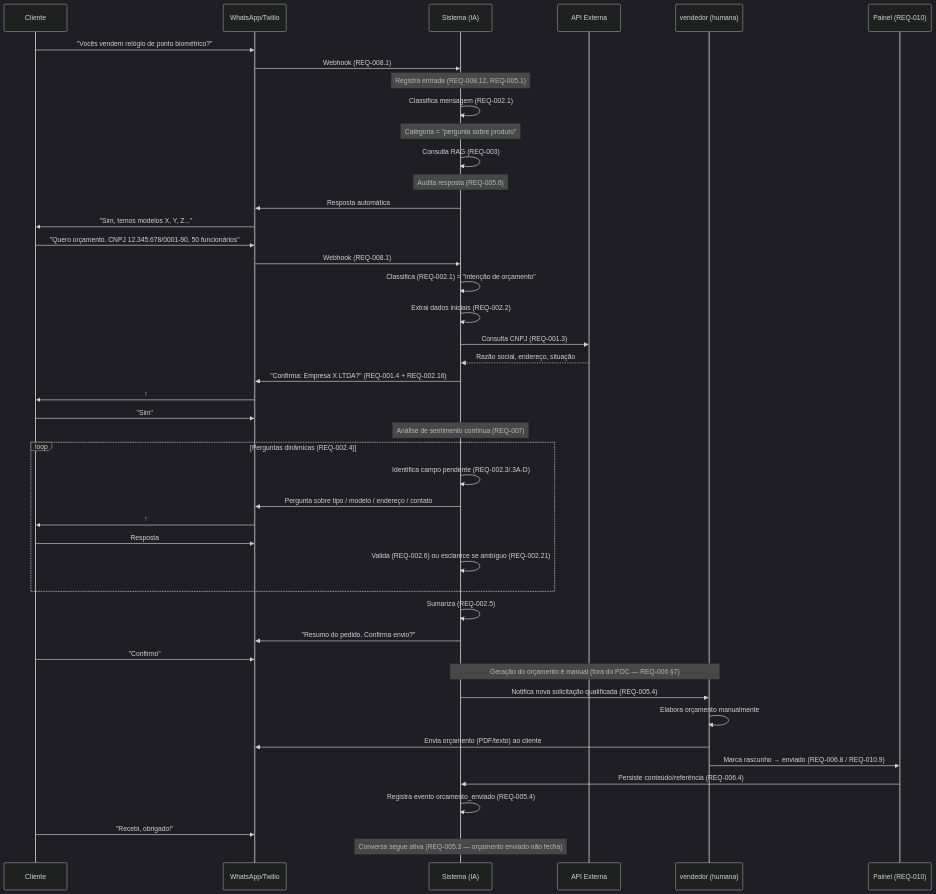
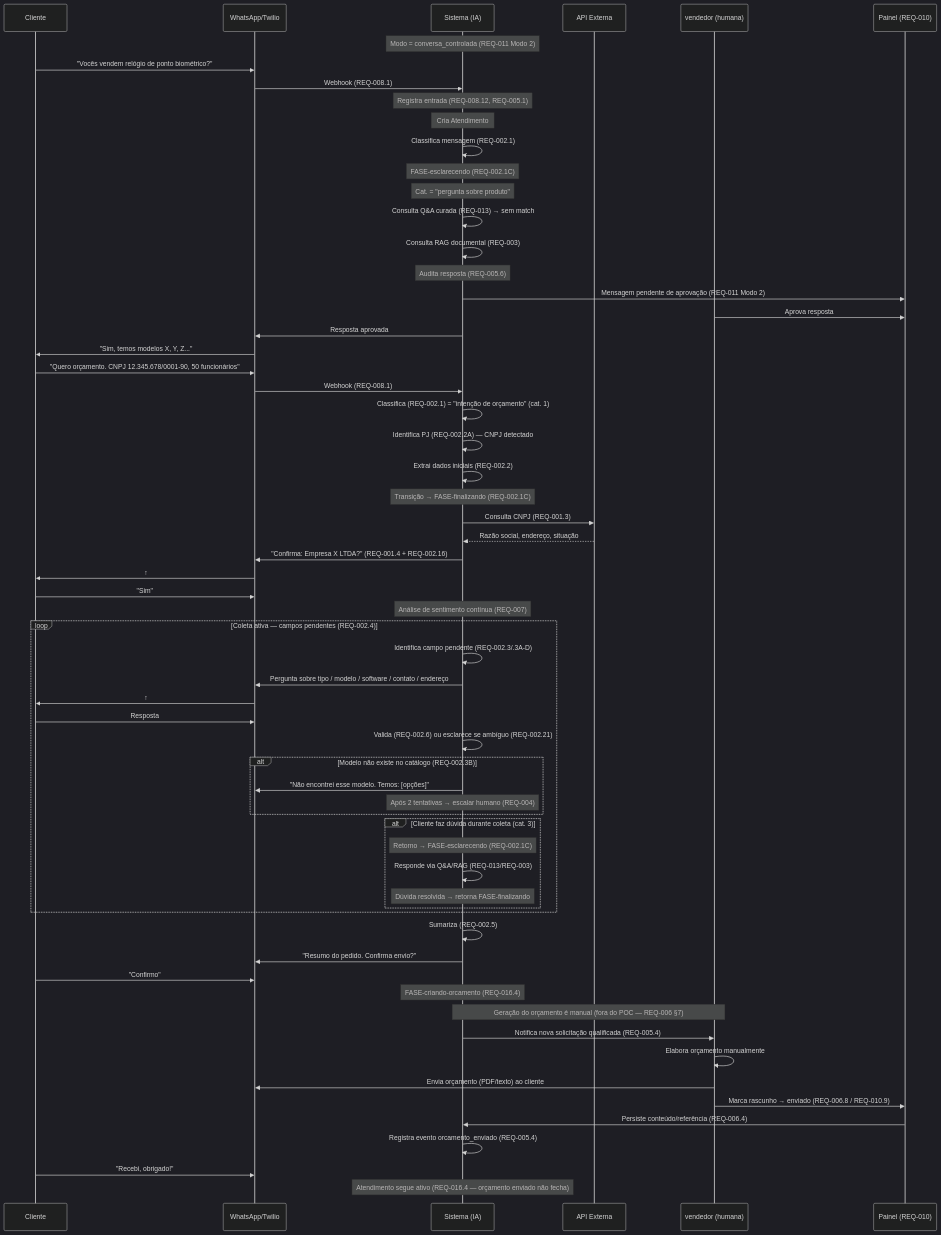
The diagram in artefatos/requisitos_formais/fluxo_end_to_end.md (BetoFigu66/AgenteAssistenteDeVendas), drawn with Mermaid (dark theme) before and after one commit. The commit also changed other lines of this file, not shown here.

````diff
--- a/artefatos/requisitos_formais/fluxo_end_to_end.md
+++ b/artefatos/requisitos_formais/fluxo_end_to_end.md
@@ -32,54 +32,73 @@
 ```mermaid
 sequenceDiagram
     participant C as Cliente
     participant W as WhatsApp/Twilio
     participant S as Sistema (IA)
     participant API as API Externa
     participant R as vendedor (humana)
     participant P as Painel (REQ-010)
 
+    Note over S: Modo = conversa_controlada (REQ-011 Modo 2)
+
     C->>W: "Vocês vendem relógio de ponto biométrico?"
     W->>S: Webhook (REQ-008.1)
     Note over S: Registra entrada (REQ-008.12, REQ-005.1)
+    Note over S: Cria Atendimento #1 (REQ-016.3)
     S->>S: Classifica mensagem (REQ-002.1)
-    Note over S: Categoria = "pergunta sobre produto"
-    S->>S: Consulta RAG (REQ-003)
+    Note over S: FASE-esclarecendo (REQ-002.1C)
+    Note over S: Cat. = "pergunta sobre produto"
+    S->>S: Consulta Q&A curada (REQ-013) → sem match
+    S->>S: Consulta RAG documental (REQ-003)
     Note over S: Audita resposta (REQ-005.6)
-    S->>W: Resposta automática
+    S->>P: Mensagem pendente de aprovação (REQ-011 Modo 2)
+    R->>P: Aprova resposta
+    S->>W: Resposta aprovada
     W->>C: "Sim, temos modelos X, Y, Z..."
 
     C->>W: "Quero orçamento. CNPJ 12.345.678/0001-90, 50 funcionários"
     W->>S: Webhook (REQ-008.1)
-    S->>S: Classifica (REQ-002.1) = "intenção de orçamento"
+    S->>S: Classifica (REQ-002.1) = "intenção de orçamento" (cat. 1)
+    S->>S: Identifica PJ (REQ-002.2A) — CNPJ detectado
     S->>S: Extrai dados iniciais (REQ-002.2)
+    Note over S: Transição → FASE-finalizando (REQ-002.1C)
     S->>API: Consulta CNPJ (REQ-001.3)
     API-->>S: Razão social, endereço, situação
     S->>W: "Confirma: Empresa X LTDA?" (REQ-001.4 + REQ-002.16)
     W->>C: ↑
     C->>W: "Sim"
 
     Note over S: Análise de sentimento contínua (REQ-007)
 
-    loop Perguntas dinâmicas (REQ-002.4)
+    loop Coleta ativa — campos pendentes (REQ-002.4)
         S->>S: Identifica campo pendente (REQ-002.3/.3A-D)
-        S->>W: Pergunta sobre tipo / modelo / endereço / contato
+        S->>W: Pergunta sobre tipo / modelo / software / contato / endereço
         W->>C: ↑
         C->>W: Resposta
         S->>S: Valida (REQ-002.6) ou esclarece se ambíguo (REQ-002.21)
+        alt Modelo não existe no catálogo (REQ-002.3B)
+            S->>W: "Não encontrei esse modelo. Temos: [opções]"
+            Note over S: Após 2 tentativas → escalar humano (REQ-004)
+        end
+        alt Cliente faz dúvida durante coleta (cat. 3)
+            Note over S: Retorno → FASE-esclarecendo (REQ-002.1C)
+            S->>S: Responde via Q&A/RAG (REQ-013/REQ-003)
+            Note over S: Dúvida resolvida → retorna FASE-finalizando
+        end
     end
 
     S->>S: Sumariza (REQ-002.5)
     S->>W: "Resumo do pedido. Confirma envio?"
     C->>W: "Confirmo"
 
+    Note over S: FASE-criando-orcamento (REQ-016.4)
     Note over S,R: Geração do orçamento é manual (fora do POC — REQ-006 §7)
     S->>R: Notifica nova solicitação qualificada (REQ-005.4)
     R->>R: Elabora orçamento manualmente
     R->>W: Envia orçamento (PDF/texto) ao cliente
     R->>P: Marca rascunho → enviado (REQ-006.8 / REQ-010.9)
     P->>S: Persiste conteúdo/referência (REQ-006.4)
     S->>S: Registra evento orcamento_enviado (REQ-005.4)
 
     C->>W: "Recebi, obrigado!"
-    Note over S: Conversa segue ativa (REQ-005.3 — orçamento enviado não fecha)
+    Note over S: Atendimento segue ativo (REQ-016.4 — orçamento enviado não fecha)
 ```
````
